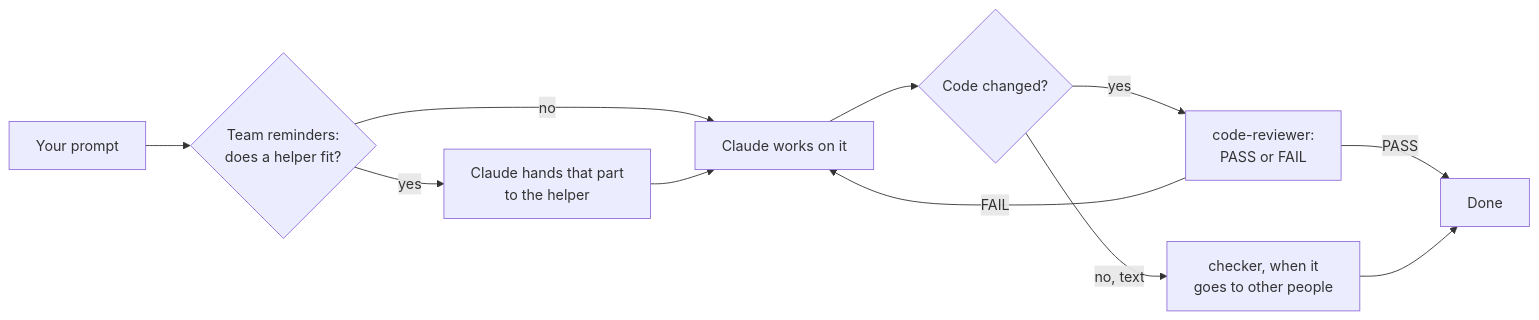
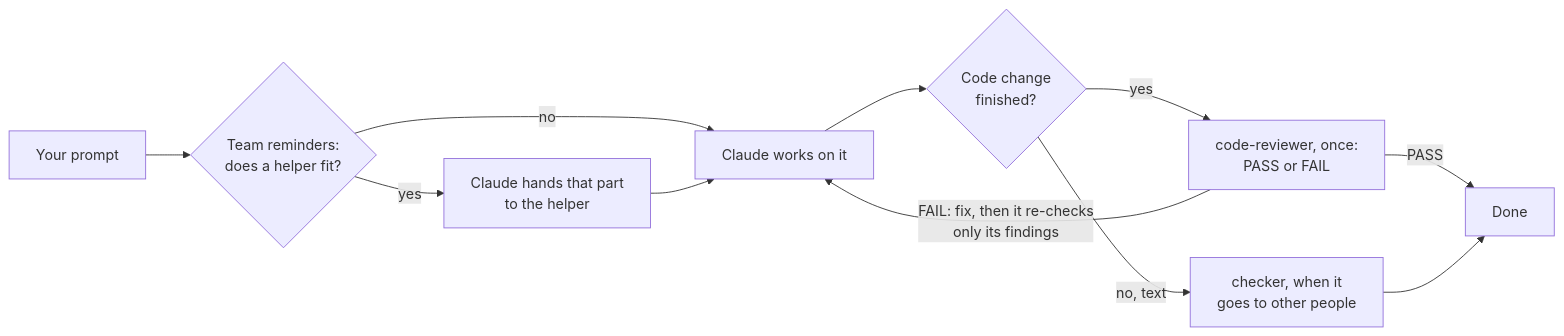
One commit to oscarwu2001/remex-agent-s-home changed the diagram in office-pack/PIPELINE.md. Above: the diagram before and after it, drawn with Mermaid. The commit also changed other lines of this file, not shown here.

Commit message:
Pipeline page: one review per finished change, narrow test runs first
Claude-Session: https://claude.ai/code/session_016CpXi8H2sFd2Tr5HZ7UEij

````diff
--- a/office-pack/PIPELINE.md
+++ b/office-pack/PIPELINE.md
@@ -11,13 +11,13 @@
 ```mermaid
 flowchart LR
   P[Your prompt] --> H{Team reminders:<br/>does a helper fit?}
   H -- no --> C[Claude works on it]
   H -- yes --> T[Claude hands that part<br/>to the helper]
   T --> C
-  C --> R{Code changed?}
-  R -- yes --> CR[code-reviewer:<br/>PASS or FAIL]
-  CR -- FAIL --> C
+  C --> R{Code change<br/>finished?}
+  R -- yes --> CR[code-reviewer, once:<br/>PASS or FAIL]
+  CR -- FAIL: fix, then it re-checks<br/>only its findings --> C
   CR -- PASS --> D[Done]
   R -- no, text --> CK[checker, when it<br/>goes to other people]
   CK --> D
 ```
````
